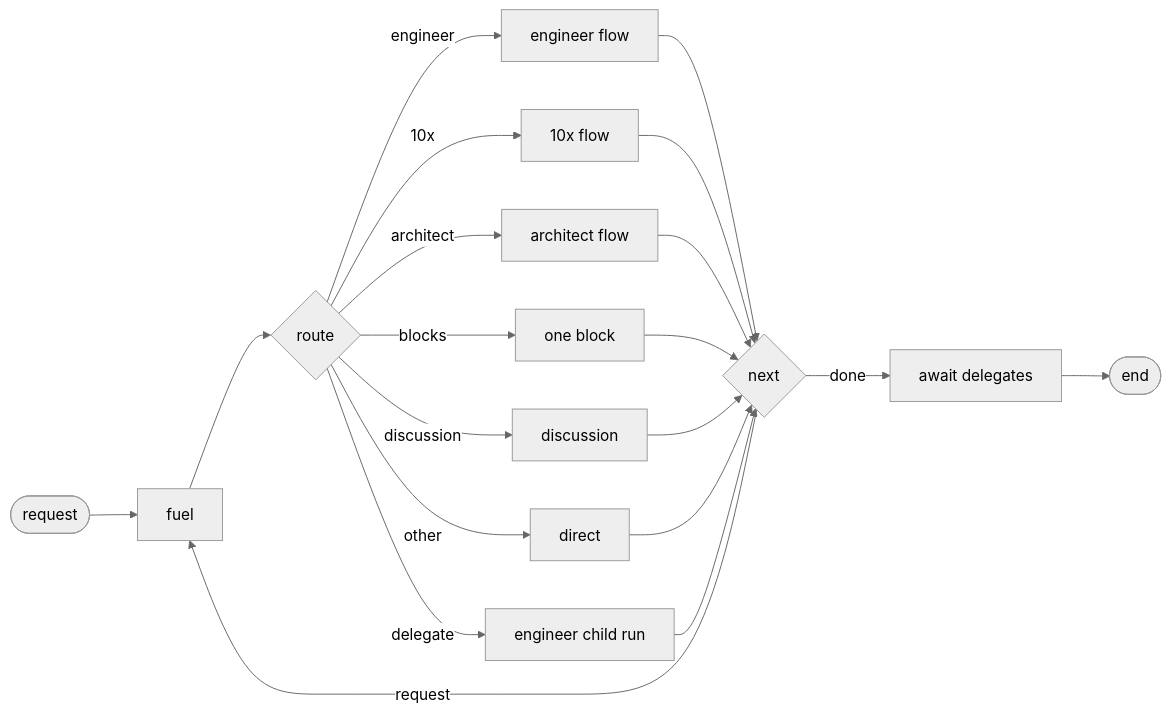
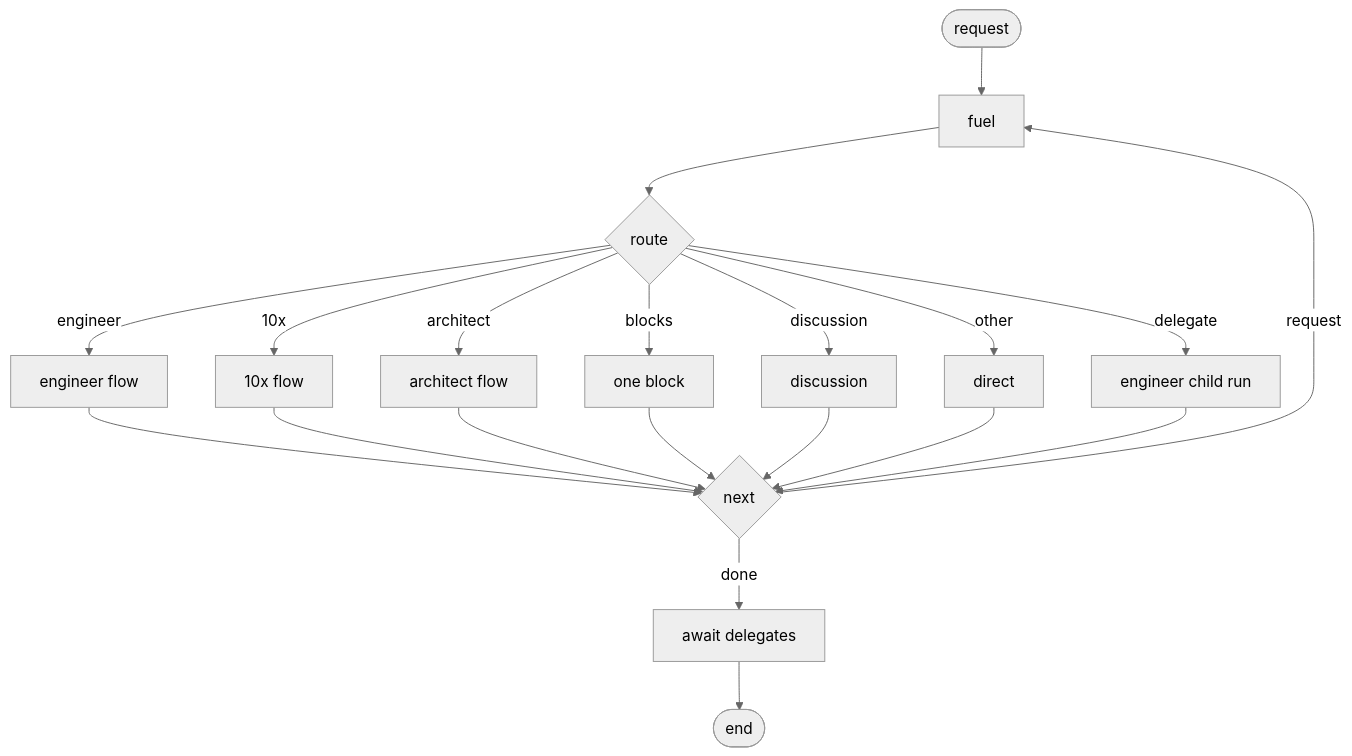
One commit to ILIYANGERMANOV/nixos changed the first of 5 diagrams in docs/harness/FLOWS.md. Above: the diagram before and after it, drawn with Mermaid (neutral theme). The commit also changed other lines of this file and 11 other files, not shown here.

First line of the commit message:
[docs] docs/harness: visuals first, top-down flows, adherence in comparison (#507)

````diff
--- a/docs/harness/FLOWS.md
+++ b/docs/harness/FLOWS.md
@@ -23,22 +20,22 @@
 ```mermaid
-flowchart LR
+flowchart TD
   start(["request"]) --> fuel["fuel"]
   fuel --> route{"route"}
   route -->|"engineer"| engineer["engineer flow"]
   route -->|"10x"| tenx["10x flow"]
   route -->|"architect"| architect["architect flow"]
   route -->|"blocks"| block["one block"]
   route -->|"discussion"| discussion["discussion"]
   route -->|"other"| direct["direct"]
   route -->|"delegate"| child["engineer child run"]
   engineer --> next{"next"}
   tenx --> next
   architect --> next
   block --> next
   discussion --> next
   direct --> next
   child --> next
   next -->|"request"| fuel
   next -->|"done"| delegates["await delegates"]
   delegates --> done(["end"])
 ```
````
